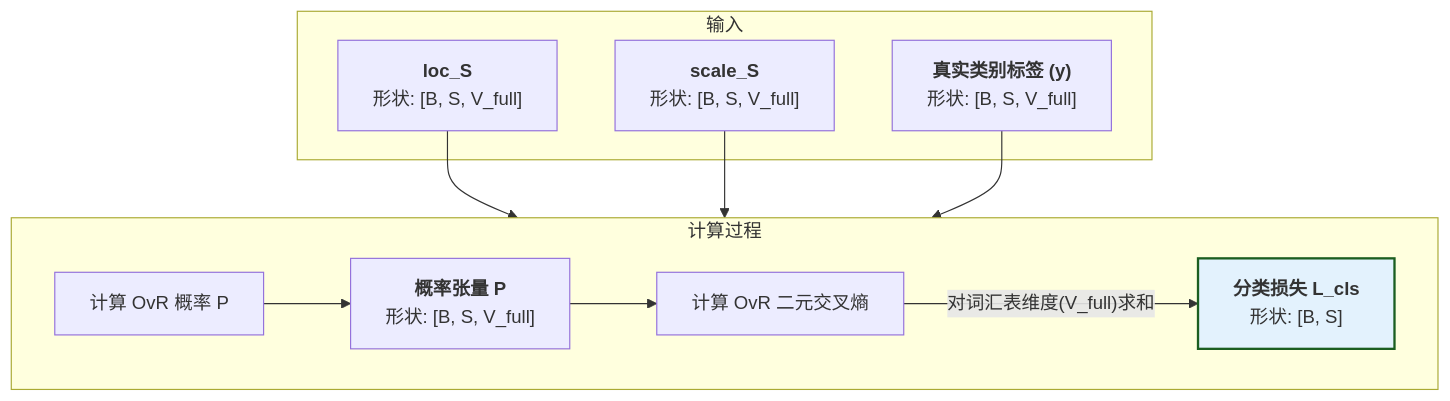
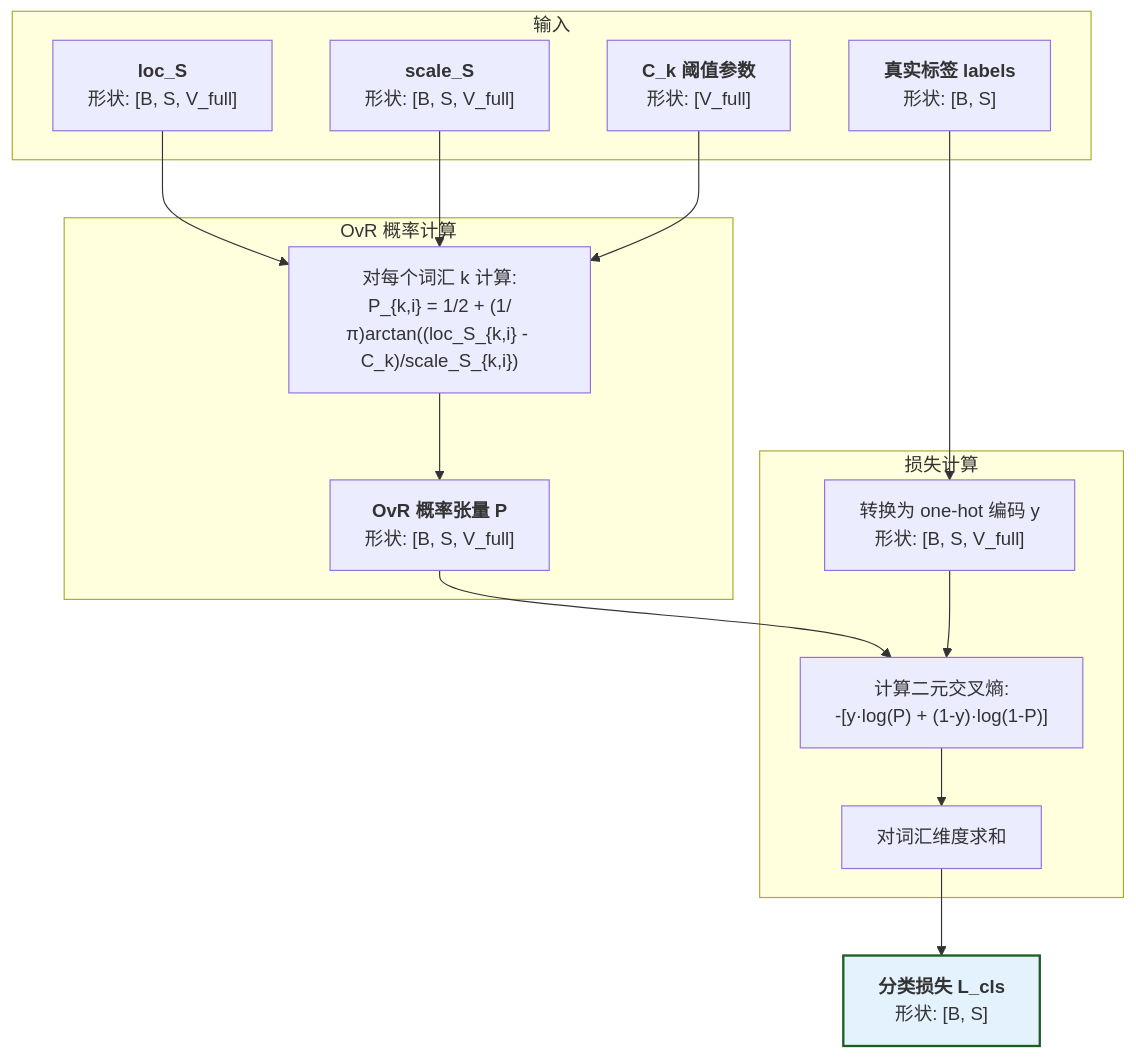
Before and after one commit to 1587causalai/CausalQwen: the seventh of 9 diagrams in docs/mathematical_foundations.md, drawn with Mermaid. The commit also changed other lines of this file, not shown here.

````diff
--- a/docs/mathematical_foundations.md
+++ b/docs/mathematical_foundations.md
@@ -601,22 +601,24 @@
 ```mermaid
 graph TD
     subgraph "输入"
         A["<b>loc_S</b><br>形状: [B, S, V_full]"]
         B["<b>scale_S</b><br>形状: [B, S, V_full]"]
-        C["<b>真实类别标签 (y)</b><br>形状: [B, S, V_full]"]
+        C["<b>C_k 阈值参数</b><br>形状: [V_full]"]
+        D["<b>真实标签 labels</b><br>形状: [B, S]"]
     end
 
-    D[计算 OvR 概率 P]
-    A & B --> D
+    subgraph "OvR 概率计算"
+        A & B & C --> E["对每个词汇 k 计算:<br>P_{k,i} = 1/2 + (1/π)arctan((loc_S_{k,i} - C_k)/scale_S_{k,i})"]
+        E --> F["<b>OvR 概率张量 P</b><br>形状: [B, S, V_full]"]
+    end
     
-    subgraph "计算过程"
-        direction LR
-        D --> E["<b>概率张量 P</b><br>形状: [B, S, V_full]"]
-        E & C --> F["计算 OvR 二元交叉熵"]
-        F -- "对词汇表维度(V_full)求和" --> G
+    subgraph "损失计算"
+        D --> G["转换为 one-hot 编码 y<br>形状: [B, S, V_full]"]
+        F & G --> H["计算二元交叉熵:<br>-[y·log(P) + (1-y)·log(1-P)]"]
+        H --> I["对词汇维度求和"]
     end
 
-    G["<b>分类损失 L_cls</b><br>形状: [B, S]"]
+    I --> J["<b>分类损失 L_cls</b><br>形状: [B, S]"]
     
-    style G fill:#e3f2fd,stroke:#1b5e20,stroke-width:2px
+    style J fill:#e3f2fd,stroke:#1b5e20,stroke-width:2px
 ```
````
